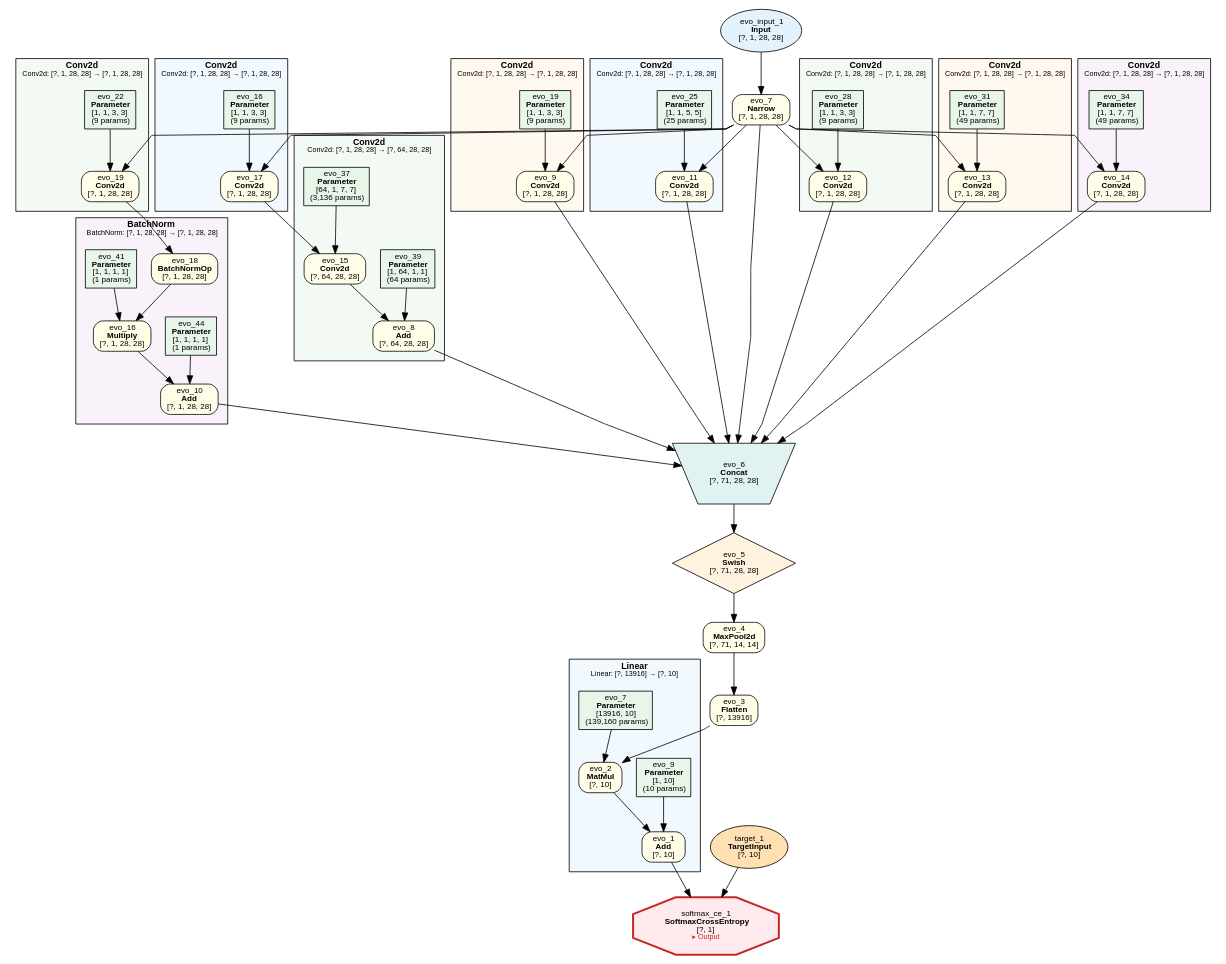
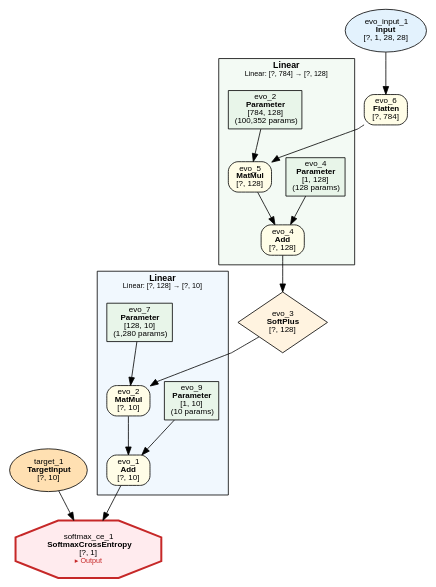
One commit to dbsxdbsx/only_torch changed the diagram in examples/evolution/mnist/evolution_mnist.dot. Above: the diagram before and after it, drawn with Graphviz. The commit also changed 12 other files, not shown here.

```diff
--- a/examples/evolution/mnist/evolution_mnist.dot
+++ b/examples/evolution/mnist/evolution_mnist.dot
@@ -1,175 +1,52 @@
 digraph ComputeGraph {
     rankdir=TB;
     newrank=true;
     splines=polyline;
     node [fontname="Microsoft YaHei,SimHei,Arial"];
     edge [fontname="Microsoft YaHei,SimHei,Arial"];
 
-    subgraph cluster_group_linear_3 {
-        label=<<B>Linear</B><BR/><FONT POINT-SIZE="9">Linear: [?, 13916] → [?, 10]</FONT>>;
+    subgraph cluster_group_linear_1 {
+        label=<<B>Linear</B><BR/><FONT POINT-SIZE="9">Linear: [?, 128] → [?, 10]</FONT>>;
         style=filled;
         fillcolor="#E3F2FD80";
         fontname="Microsoft YaHei,SimHei,Arial";
         fontsize=11;
         margin=12;
             "2" [label=<evo_1<BR/><B>Add</B><BR/>[?, 10]> shape=box style="filled,rounded" fillcolor="#FFFDE7" fontsize=10];
             "4" [label=<evo_2<BR/><B>MatMul</B><BR/>[?, 10]> shape=box style="filled,rounded" fillcolor="#FFFDE7" fontsize=10];
             "5" [label=<evo_9<BR/><B>Parameter</B><BR/>[1, 10]<BR/>(10 params)> shape=box style=filled fillcolor="#E8F5E9" fontsize=10];
-            "7" [label=<evo_7<BR/><B>Parameter</B><BR/>[13916, 10]<BR/>(139,160 params)> shape=box style=filled fillcolor="#E8F5E9" fontsize=10];
+            "7" [label=<evo_7<BR/><B>Parameter</B><BR/>[128, 10]<BR/>(1,280 params)> shape=box style=filled fillcolor="#E8F5E9" fontsize=10];
     }
 
-    subgraph cluster_group_conv2d_34 {
-        label=<<B>Conv2d</B><BR/><FONT POINT-SIZE="9">Conv2d: [?, 1, 28, 28] → [?, 64, 28, 28]</FONT>>;
+    subgraph cluster_group_linear_0 {
+        label=<<B>Linear</B><BR/><FONT POINT-SIZE="9">Linear: [?, 784] → [?, 128]</FONT>>;
         style=filled;
         fillcolor="#E8F5E980";
         fontname="Microsoft YaHei,SimHei,Arial";
         fontsize=11;
         margin=12;
-            "12" [label=<evo_8<BR/><B>Add</B><BR/>[?, 64, 28, 28]> shape=box style="filled,rounded" fillcolor="#FFFDE7" fontsize=10];
-            "20" [label=<evo_15<BR/><B>Conv2d</B><BR/>[?, 64, 28, 28]> shape=box style="filled,rounded" fillcolor="#FFFDE7" fontsize=10];
-            "21" [label=<evo_39<BR/><B>Parameter</B><BR/>[1, 64, 1, 1]<BR/>(64 params)> shape=box style=filled fillcolor="#E8F5E9" fontsize=10];
-            "30" [label=<evo_37<BR/><B>Parameter</B><BR/>[64, 1, 7, 7]<BR/>(3,136 params)> shape=box style=filled fillcolor="#E8F5E9" fontsize=10];
-    }
-
-    subgraph cluster_group_conv2d_18 {
-        label=<<B>Conv2d</B><BR/><FONT POINT-SIZE="9">Conv2d: [?, 1, 28, 28] → [?, 1, 28, 28]</FONT>>;
-        style=filled;
-        fillcolor="#FFF3E080";
-        fontname="Microsoft YaHei,SimHei,Arial";
-        fontsize=11;
-        margin=12;
-            "13" [label=<evo_9<BR/><B>Conv2d</B><BR/>[?, 1, 28, 28]> shape=box style="filled,rounded" fillcolor="#FFFDE7" fontsize=10];
-            "22" [label=<evo_19<BR/><B>Parameter</B><BR/>[1, 1, 3, 3]<BR/>(9 params)> shape=box style=filled fillcolor="#E8F5E9" fontsize=10];
-    }
-
-    subgraph cluster_group_batchnorm_35 {
-        label=<<B>BatchNorm</B><BR/><FONT POINT-SIZE="9">BatchNorm: [?, 1, 28, 28] → [?, 1, 28, 28]</FONT>>;
-        style=filled;
-        fillcolor="#F3E5F580";
-        fontname="Microsoft YaHei,SimHei,Arial";
-        fontsize=11;
-        margin=12;
-            "14" [label=<evo_10<BR/><B>Add</B><BR/>[?, 1, 28, 28]> shape=box style="filled,rounded" fillcolor="#FFFDE7" fontsize=10];
-            "23" [label=<evo_16<BR/><B>Multiply</B><BR/>[?, 1, 28, 28]> shape=box style="filled,rounded" fillcolor="#FFFDE7" fontsize=10];
-            "24" [label=<evo_44<BR/><B>Parameter</B><BR/>[1, 1, 1, 1]<BR/>(1 params)> shape=box style=filled fillcolor="#E8F5E9" fontsize=10];
-            "31" [label=<evo_18<BR/><B>BatchNormOp</B><BR/>[?, 1, 28, 28]> shape=box style="filled,rounded" fillcolor="#FFFDE7" fontsize=10];
-            "32" [label=<evo_41<BR/><B>Parameter</B><BR/>[1, 1, 1, 1]<BR/>(1 params)> shape=box style=filled fillcolor="#E8F5E9" fontsize=10];
-    }
-
-    subgraph cluster_group_conv2d_24 {
-        label=<<B>Conv2d</B><BR/><FONT POINT-SIZE="9">Conv2d: [?, 1, 28, 28] → [?, 1, 28, 28]</FONT>>;
-        style=filled;
-        fillcolor="#E3F2FD80";
-        fontname="Microsoft YaHei,SimHei,Arial";
-        fontsize=11;
-        margin=12;
-            "15" [label=<evo_11<BR/><B>Conv2d</B><BR/>[?, 1, 28, 28]> shape=box style="filled,rounded" fillcolor="#FFFDE7" fontsize=10];
-            "25" [label=<evo_25<BR/><B>Parameter</B><BR/>[1, 1, 5, 5]<BR/>(25 params)> shape=box style=filled fillcolor="#E8F5E9" fontsize=10];
-    }
-
-    subgraph cluster_group_conv2d_27 {
-        label=<<B>Conv2d</B><BR/><FONT POINT-SIZE="9">Conv2d: [?, 1, 28, 28] → [?, 1, 28, 28]</FONT>>;
-        style=filled;
-        fillcolor="#E8F5E980";
-        fontname="Microsoft YaHei,SimHei,Arial";
-        fontsize=11;
-        margin=12;
-            "16" [label=<evo_12<BR/><B>Conv2d</B><BR/>[?, 1, 28, 28]> shape=box style="filled,rounded" fillcolor="#FFFDE7" fontsize=10];
-            "26" [label=<evo_28<BR/><B>Parameter</B><BR/>[1, 1, 3, 3]<BR/>(9 params)> shape=box style=filled fillcolor="#E8F5E9" fontsize=10];
-    }
-
-    subgraph cluster_group_conv2d_30 {
-        label=<<B>Conv2d</B><BR/><FONT POINT-SIZE="9">Conv2d: [?, 1, 28, 28] → [?, 1, 28, 28]</FONT>>;
-        style=filled;
-        fillcolor="#FFF3E080";
-        fontname="Microsoft YaHei,SimHei,Arial";
-        fontsize=11;
-        margin=12;
-            "17" [label=<evo_13<BR/><B>Conv2d</B><BR/>[?, 1, 28, 28]> shape=box style="filled,rounded" fillcolor="#FFFDE7" fontsize=10];
-            "27" [label=<evo_31<BR/><B>Parameter</B><BR/>[1, 1, 7, 7]<BR/>(49 params)> shape=box style=filled fillcolor="#E8F5E9" fontsize=10];
-    }
-
-    subgraph cluster_group_conv2d_33 {
-        label=<<B>Conv2d</B><BR/><FONT POINT-SIZE="9">Conv2d: [?, 1, 28, 28] → [?, 1, 28, 28]</FONT>>;
-        style=filled;
-        fillcolor="#F3E5F580";
-        fontname="Microsoft YaHei,SimHei,Arial";
-        fontsize=11;
-        margin=12;
-            "18" [label=<evo_14<BR/><B>Conv2d</B><BR/>[?, 1, 28, 28]> shape=box style="filled,rounded" fillcolor="#FFFDE7" fontsize=10];
-            "28" [label=<evo_34<BR/><B>Parameter</B><BR/>[1, 1, 7, 7]<BR/>(49 params)> shape=box style=filled fillcolor="#E8F5E9" fontsize=10];
-    }
-
-    subgraph cluster_group_conv2d_15 {
-        label=<<B>Conv2d</B><BR/><FONT POINT-SIZE="9">Conv2d: [?, 1, 28, 28] → [?, 1, 28, 28]</FONT>>;
-        style=filled;
-        fillcolor="#E3F2FD80";
-        fontname="Microsoft YaHei,SimHei,Arial";
-        fontsize=11;
-        margin=12;
-            "29" [label=<evo_17<BR/><B>Conv2d</B><BR/>[?, 1, 28, 28]> shape=box style="filled,rounded" fillcolor="#FFFDE7" fontsize=10];
-            "33" [label=<evo_16<BR/><B>Parameter</B><BR/>[1, 1, 3, 3]<BR/>(9 params)> shape=box style=filled fillcolor="#E8F5E9" fontsize=10];
-    }
-
-    subgraph cluster_group_conv2d_21 {
-        label=<<B>Conv2d</B><BR/><FONT POINT-SIZE="9">Conv2d: [?, 1, 28, 28] → [?, 1, 28, 28]</FONT>>;
-        style=filled;
-        fillcolor="#E8F5E980";
-        fontname="Microsoft YaHei,SimHei,Arial";
-        fontsize=11;
-        margin=12;
-            "34" [label=<evo_19<BR/><B>Conv2d</B><BR/>[?, 1, 28, 28]> shape=box style="filled,rounded" fillcolor="#FFFDE7" fontsize=10];
-            "35" [label=<evo_22<BR/><B>Parameter</B><BR/>[1, 1, 3, 3]<BR/>(9 params)> shape=box style=filled fillcolor="#E8F5E9" fontsize=10];
+            "8" [label=<evo_4<BR/><B>Add</B><BR/>[?, 128]> shape=box style="filled,rounded" fillcolor="#FFFDE7" fontsize=10];
+            "9" [label=<evo_5<BR/><B>MatMul</B><BR/>[?, 128]> shape=box style="filled,rounded" fillcolor="#FFFDE7" fontsize=10];
+            "10" [label=<evo_4<BR/><B>Parameter</B><BR/>[1, 128]<BR/>(128 params)> shape=box style=filled fillcolor="#E8F5E9" fontsize=10];
+            "12" [label=<evo_2<BR/><B>Parameter</B><BR/>[784, 128]<BR/>(100,352 params)> shape=box style=filled fillcolor="#E8F5E9" fontsize=10];
     }
 
     "1" [label=<softmax_ce_1<BR/><B>SoftmaxCrossEntropy</B><BR/>[?, 1]<BR/><FONT COLOR="#C62828" POINT-SIZE="9">▸ Output</FONT>> shape=octagon style=filled fillcolor="#FFEBEE" fontsize=10 penwidth=2.5 color="#C62828"];
     "3" [label=<target_1<BR/><B>TargetInput</B><BR/>[?, 10]> shape=ellipse style=filled fillcolor="#FFE0B2" fontsize=10];
-    "6" [label=<evo_3<BR/><B>Flatten</B><BR/>[?, 13916]> shape=box style="filled,rounded" fillcolor="#FFFDE7" fontsize=10];
-    "8" [label=<evo_4<BR/><B>MaxPool2d</B><BR/>[?, 71, 14, 14]> shape=box style="filled,rounded" fillcolor="#FFFDE7" fontsize=10];
-    "9" [label=<evo_5<BR/><B>Swish</B><BR/>[?, 71, 28, 28]> shape=diamond style=filled fillcolor="#FFF3E0" fontsize=10];
-    "10" [label=<evo_6<BR/><B>Concat</B><BR/>[?, 71, 28, 28]> shape=invtrapezium style=filled fillcolor="#E0F2F1" fontsize=10];
-    "11" [label=<evo_7<BR/><B>Narrow</B><BR/>[?, 1, 28, 28]> shape=box style="filled,rounded" fillcolor="#FFFDE7" fontsize=10];
-    "19" [label=<evo_input_1<BR/><B>Input</B><BR/>[?, 1, 28, 28]> shape=ellipse style=filled fillcolor="#E3F2FD" fontsize=10];
+    "6" [label=<evo_3<BR/><B>SoftPlus</B><BR/>[?, 128]> shape=diamond style=filled fillcolor="#FFF3E0" fontsize=10];
+    "11" [label=<evo_6<BR/><B>Flatten</B><BR/>[?, 784]> shape=box style="filled,rounded" fillcolor="#FFFDE7" fontsize=10];
+    "13" [label=<evo_input_1<BR/><B>Input</B><BR/>[?, 1, 28, 28]> shape=ellipse style=filled fillcolor="#E3F2FD" fontsize=10];
 
     "2" -> "1";
     "3" -> "1";
     "4" -> "2";
     "5" -> "2";
     "6" -> "4";
     "7" -> "4";
     "8" -> "6";
     "9" -> "8";
-    "10" -> "9";
-    "11" -> "10";
-    "12" -> "10";
-    "13" -> "10";
-    "14" -> "10";
-    "15" -> "10";
-    "16" -> "10";
-    "17" -> "10";
-    "18" -> "10";
-    "19" -> "11";
-    "20" -> "12";
-    "21" -> "12";
-    "11" -> "13";
-    "22" -> "13";
-    "23" -> "14";
-    "24" -> "14";
-    "11" -> "15";
-    "25" -> "15";
-    "11" -> "16";
-    "26" -> "16";
-    "11" -> "17";
-    "27" -> "17";
-    "11" -> "18";
-    "28" -> "18";
-    "29" -> "20";
-    "30" -> "20";
-    "31" -> "23";
-    "32" -> "23";
-    "11" -> "29";
-    "33" -> "29";
-    "34" -> "31";
-    "11" -> "34";
-    "35" -> "34";
+    "10" -> "8";
+    "11" -> "9";
+    "12" -> "9";
+    "13" -> "11";
 }
```
